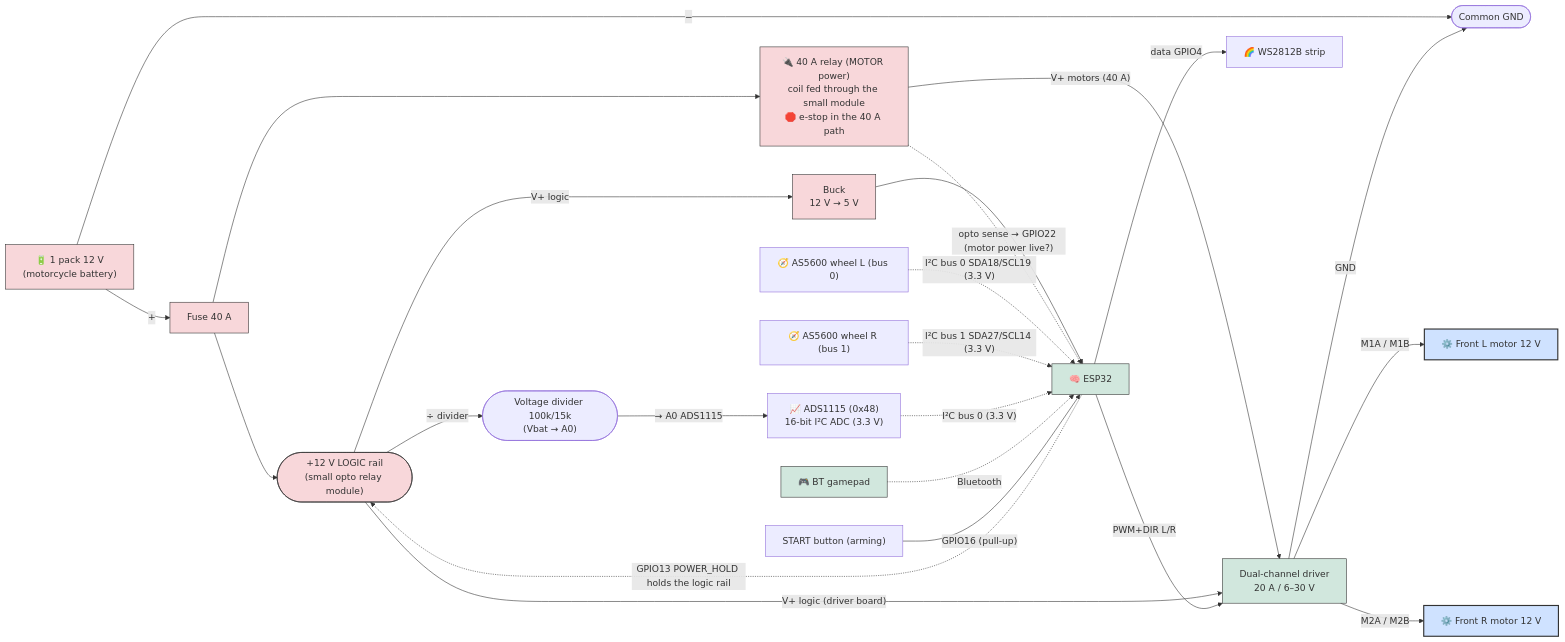
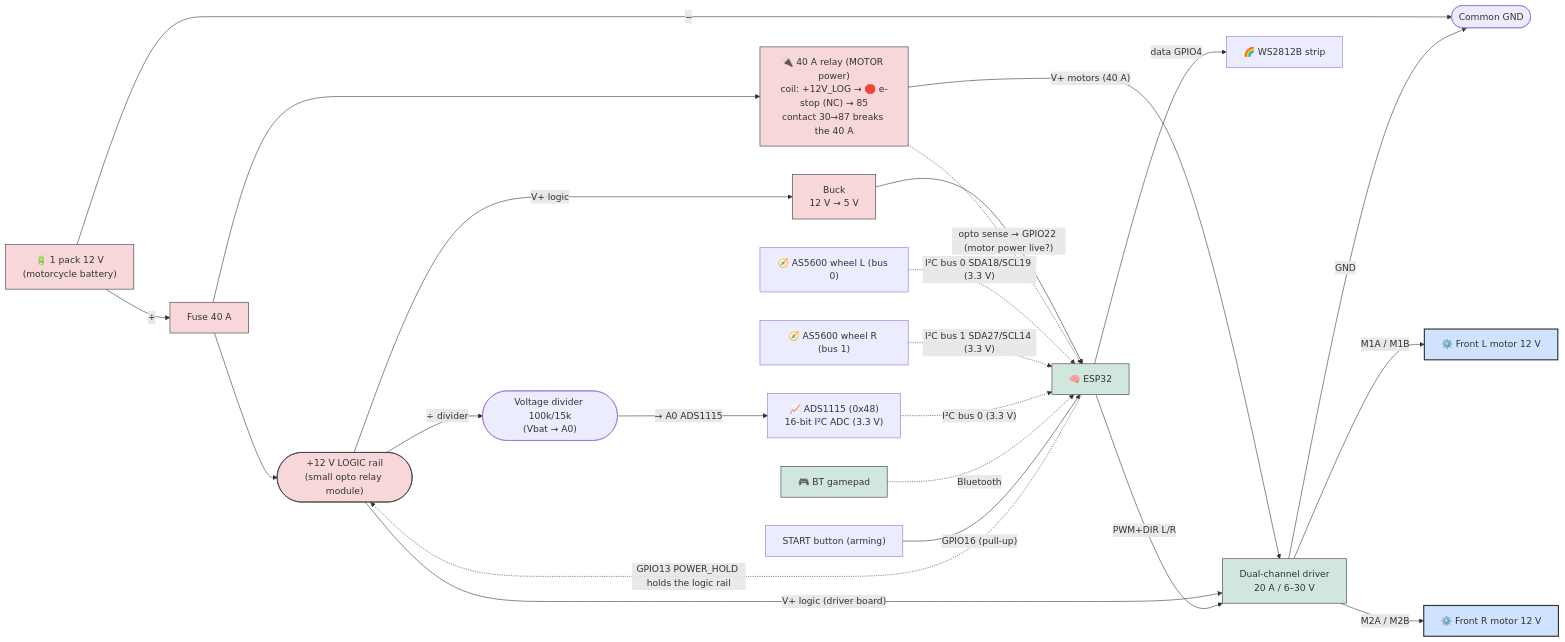
One commit to pinkymaxou/powered-soapbox-car changed the sixth of 10 diagrams in README.md. Above: the diagram before and after it, drawn with Mermaid. The commit also changed other lines of this file and 3 other files, not shown here.

````diff
--- a/README.md
+++ b/README.md
@@ -436,52 +436,52 @@
 ```mermaid
 flowchart LR
     BATT["🔋 1 pack 12 V<br/>(motorcycle battery)"]
     FUSE["Fuse 40 A"]
     RAIL(["+12 V LOGIC rail<br/>(small opto relay module)"])
-    SW["🔌 40 A relay (MOTOR power)<br/>coil fed through the small module<br/>🛑 e-stop in the 40 A path"]
+    SW["🔌 40 A relay (MOTOR power)<br/>coil: +12V_LOG → 🛑 e-stop (NC) → 85<br/>contact 30→87 breaks the 40 A"]
     GNDC(["Common GND"])
     BUCK["Buck<br/>12 V → 5 V"]
     ESP["🧠 ESP32"]
     PAD["🎮 BT gamepad"]
     DRV["Dual-channel driver<br/>20 A / 6–30 V"]
     M1["⚙️ Front L motor 12 V"]
     M2["⚙️ Front R motor 12 V"]
     ADS["📈 ADS1115 (0x48)<br/>16-bit I²C ADC (3.3 V)"]
     EG["🧭 AS5600 wheel L (bus 0)"]
     ED["🧭 AS5600 wheel R (bus 1)"]
     DIVB(["Voltage divider 100k/15k<br/>(Vbat → A0)"])
     BTN["START button (arming)"]
     WS["🌈 WS2812B strip"]
 
     %% Power: two rails — the small module holds the LOGIC, the 40 A relay feeds the MOTORS
     BATT -- "+" --> FUSE --> RAIL
     FUSE --> SW
     SW -- "V+ motors (40 A)" --> DRV
     RAIL -- "V+ logic (driver board)" --> DRV
     RAIL -- "V+ logic" --> BUCK --> ESP
     BATT -- "−" --> GNDC
     DRV -- "GND" --> GNDC
     ESP -. "GPIO13 POWER_HOLD holds the logic rail" .-> RAIL
     SW -. "opto sense → GPIO22 (motor power live?)" .-> ESP
 
     %% Motor outputs + speed feedback
     DRV -- "M1A / M1B" --> M1
     DRV -- "M2A / M2B" --> M2
     EG -. "I²C bus 0 SDA18/SCL19 (3.3 V)" .-> ESP
     ED -. "I²C bus 1 SDA27/SCL14 (3.3 V)" .-> ESP
     ADS -. "I²C bus 0 (3.3 V)" .-> ESP
 
     %% Signals
     PAD -. "Bluetooth" .-> ESP
     ESP -- "PWM+DIR L/R" --> DRV
     RAIL -- "÷ divider" --> DIVB -- "→ A0 ADS1115" --> ADS
     BTN -- "GPIO16 (pull-up)" --> ESP
     ESP -- "data GPIO4" --> WS
 
     classDef pwr fill:#f8d7da,stroke:#333;
     classDef ctrl fill:#d1e7dd,stroke:#333;
     classDef mot fill:#cfe2ff,stroke:#333,stroke-width:2px;
     class BATT,FUSE,RAIL,SW,BUCK pwr;
     class ESP,DRV,PAD ctrl;
     class M1,M2 mot;
 ```
````
